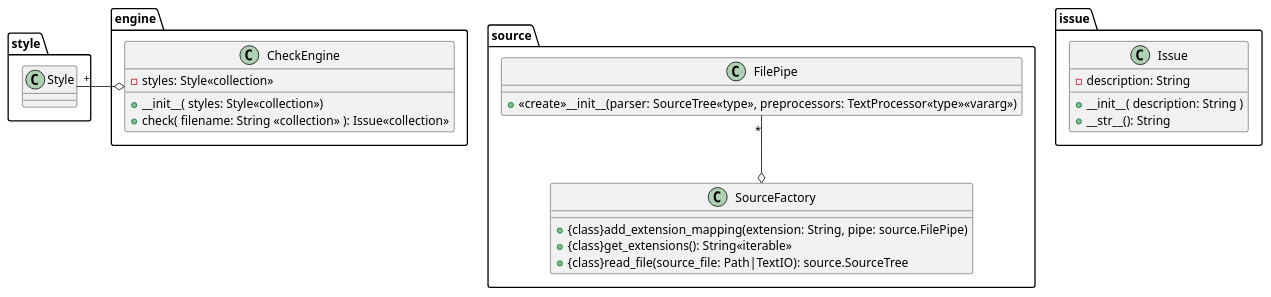
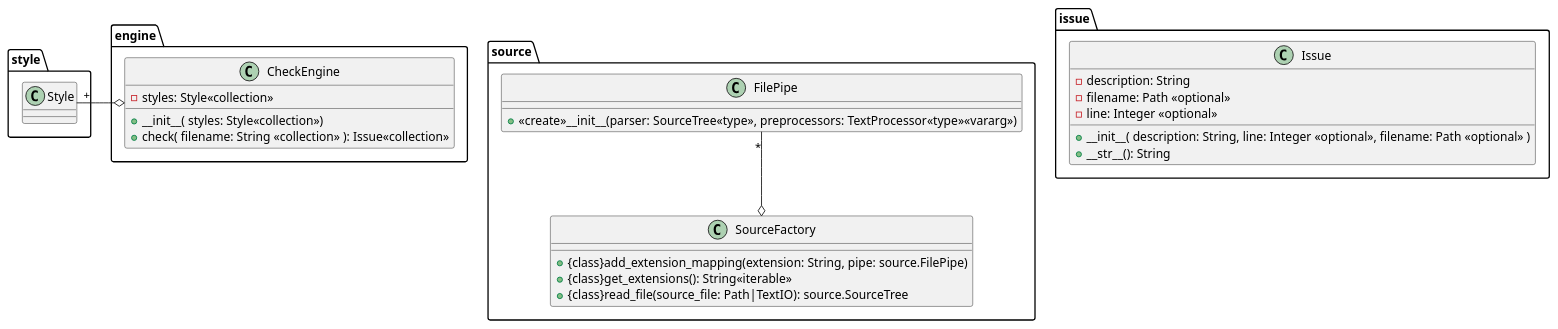
Before and after one commit to MetOffice/stylist: the diagram in documentation/source/developer-information/uml/engine_class.puml, drawn with PlantUML. The commit also changed 5 other files, not shown here.

Commit message:
Improved diagrams.

```diff
--- a/documentation/source/developer-information/uml/engine_class.puml
+++ b/documentation/source/developer-information/uml/engine_class.puml
@@ -1,33 +1,35 @@
 ''''''''''''''''''''''''''''''''''''''''''''''''''''''''''''''''''''''''''''''
 ' stylist.source module
 
 class source.FilePipe {
     +<<create>>__init__(parser: SourceTree<<type>>, preprocessors: TextProcessor<<type>><<vararg>>)
 }
 
 
 source.FilePipe "*" --o source.SourceFactory
 class source.SourceFactory {
     +{class}add_extension_mapping(extension: String, pipe: source.FilePipe)
     +{class}get_extensions(): String<<iterable>>
     +{class}read_file(source_file: Path|TextIO): source.SourceTree
 }
 
 ''''''''''''''''''''''''''''''''''''''''''''''''''''''''''''''''''''''''''''''
 ' stylist.engine module
 
 class engine.CheckEngine {
     -styles: Style<<collection>>
     +__init__( styles: Style<<collection>>)
     +check( filename: String <<collection>> ): Issue<<collection>>
     }
 style.Style "+" -o engine.CheckEngine
 
 ''''''''''''''''''''''''''''''''''''''''''''''''''''''''''''''''''''''''''''''
 ' stylist.issue module
 
 class issue.Issue {
     -description: String
-    +__init__( description: String )
+    -filename: Path <<optional>>
+    -line: Integer <<optional>>
+    +__init__( description: String, line: Integer <<optional>>, filename: Path <<optional>> )
     +__str__(): String
     }
```
